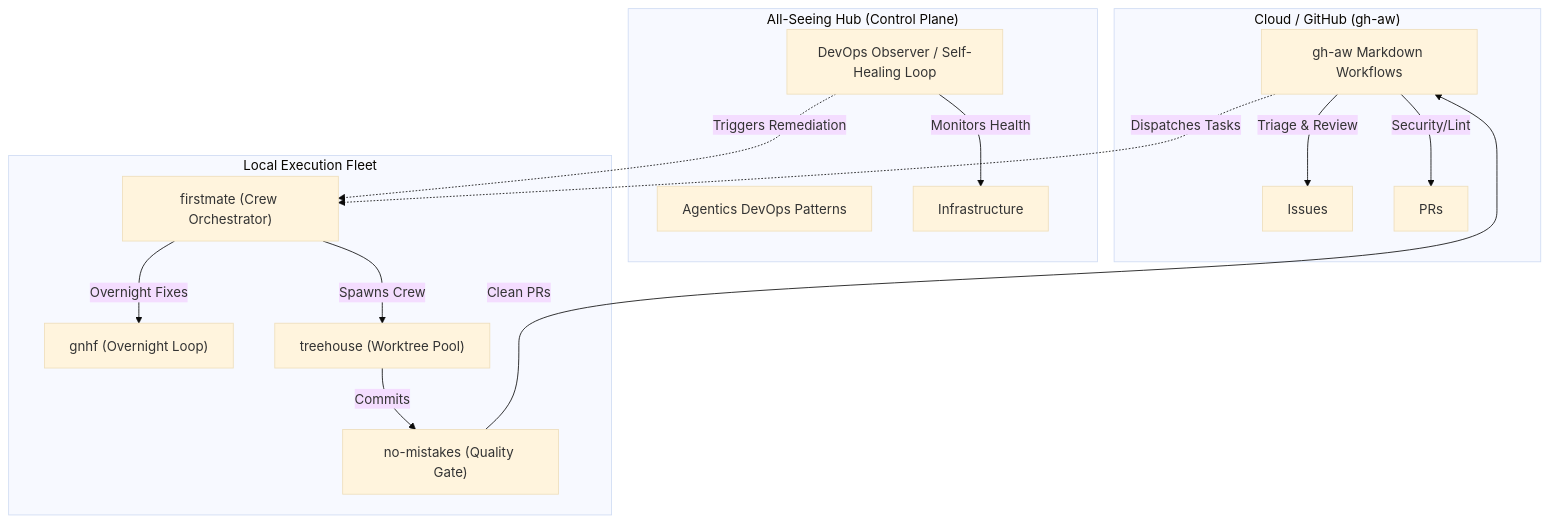
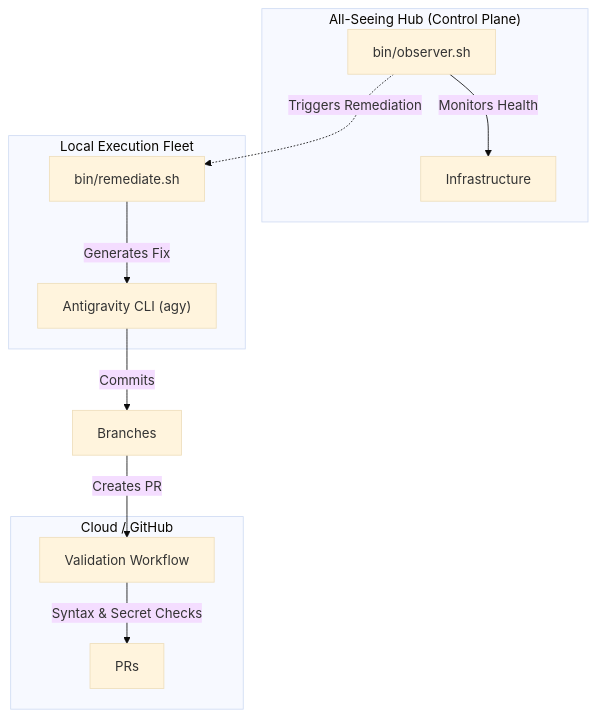
Before and after one commit to tosudip369/agentic-devops-hub: the diagram in README.md, drawn with Mermaid (base theme). The commit also changed other lines of this file and 1 other file, not shown here.

Commit message:
fix: Update observer to correctly monitor bash syntax

````diff
--- a/README.md
+++ b/README.md
@@ -9,25 +9,19 @@
 ```mermaid
 graph TD
-    subgraph "Cloud / GitHub (gh-aw)"
-        GH_AW["gh-aw Markdown Workflows"]
-        GH_AW --> |Triage & Review| Issues
-        GH_AW --> |Security/Lint| PRs
+    subgraph "Cloud / GitHub"
+        Actions["Validation Workflow"]
+        Actions --> |Syntax & Secret Checks| PRs
     end
     subgraph "All-Seeing Hub (Control Plane)"
-        Observer["DevOps Observer / Self-Healing Loop"]
-        Agentics["Agentics DevOps Patterns"]
+        Observer["bin/observer.sh"]
         Observer --> |Monitors Health| Infrastructure
     end
     subgraph "Local Execution Fleet"
-        FirstMate["firstmate (Crew Orchestrator)"]
-        GNHF["gnhf (Overnight Loop)"]
-        Treehouse["treehouse (Worktree Pool)"]
-        NoMistakes["no-mistakes (Quality Gate)"]
+        Remediator["bin/remediate.sh"]
+        AGY["Antigravity CLI (agy)"]
     end
-    GH_AW -.-> |Dispatches Tasks| FirstMate
-    Observer -.-> |Triggers Remediation| FirstMate
-    FirstMate --> |Spawns Crew| Treehouse
-    FirstMate --> |Overnight Fixes| GNHF
-    Treehouse --> |Commits| NoMistakes
-    NoMistakes --> |Clean PRs| GH_AW
+    Observer -.-> |Triggers Remediation| Remediator
+    Remediator --> |Generates Fix| AGY
+    AGY --> |Commits| Branches
+    Branches --> |Creates PR| Actions
 ```
````
